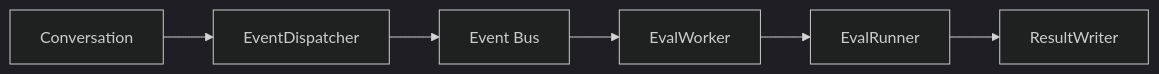
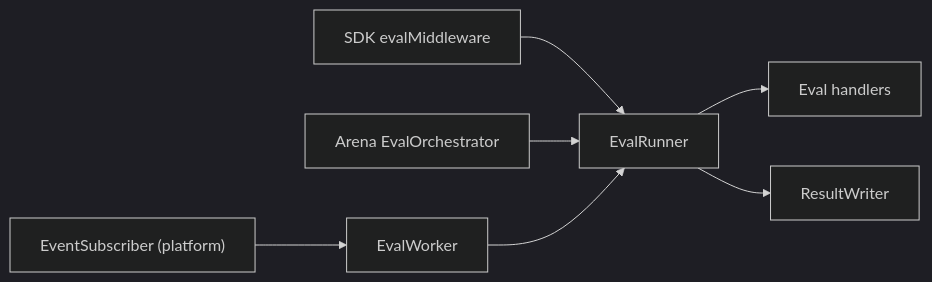
One commit to AltairaLabs/promptarena changed the second of 3 diagrams in docs/src/content/docs/arena/explanation/eval-framework.md. Above: the diagram before and after it, drawn with Mermaid (dark theme). The commit also changed other lines of this file and 19 other files, not shown here.

````diff
--- a/docs/src/content/docs/arena/explanation/eval-framework.md
+++ b/docs/src/content/docs/arena/explanation/eval-framework.md
@@ -170,8 +127,9 @@
 ```mermaid
 flowchart LR
-    conv["Conversation"] --> disp["EventDispatcher"]
-    disp --> bus["Event Bus"]
-    bus --> worker["EvalWorker"]
-    worker --> runner["EvalRunner"]
+    mw["SDK evalMiddleware"] --> runner["EvalRunner"]
+    orch["Arena EvalOrchestrator"] --> runner
+    sub["EventSubscriber (platform)"] --> worker["EvalWorker"]
+    worker --> runner
+    runner --> handlers["Eval handlers"]
     runner --> writer["ResultWriter"]
 ```
````
